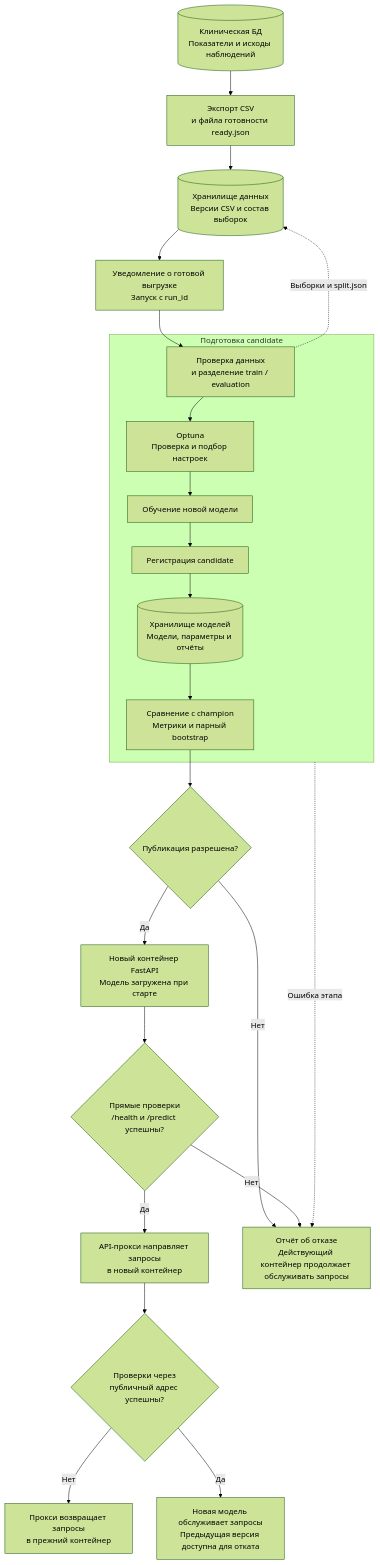
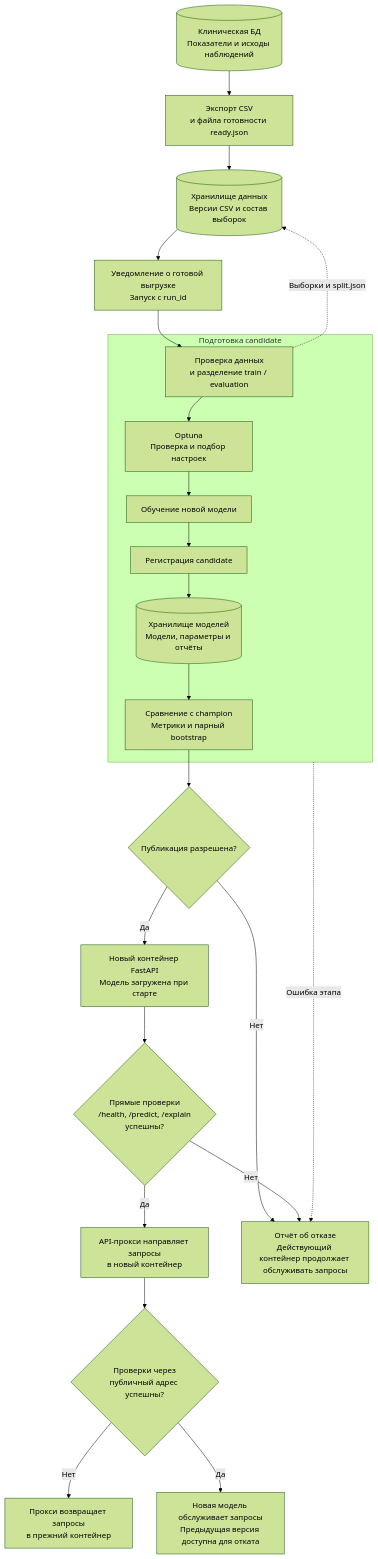
The diagram in Model_Retraining.md (horacemtb/cirrhosis-outcome-service), drawn with Mermaid (forest theme) before and after one commit. The commit also changed other lines of this file and 16 other files, not shown here.

````diff
--- a/Model_Retraining.md
+++ b/Model_Retraining.md
@@ -13,35 +13,35 @@
 ```mermaid
 flowchart TD
     DB[("Клиническая БД<br/>Показатели и исходы наблюдений")]
     X["Экспорт CSV<br/>и файла готовности ready.json"]
     DS[("Хранилище данных<br/>Версии CSV и состав выборок")]
     A["Уведомление о готовой выгрузке<br/>Запуск с run_id"]
     subgraph BUILD["Подготовка candidate"]
         B["Проверка данных<br/>и разделение train / evaluation"]
         D["Optuna<br/>Проверка и подбор настроек"]
         E["Обучение новой модели"]
         F["Регистрация candidate"]
         MS[("Хранилище моделей<br/>Модели, параметры и отчёты")]
         G["Сравнение с champion<br/>Метрики и парный bootstrap"]
         B --> D --> E --> F --> MS --> G
     end
     H{"Публикация разрешена?"}
     I["Новый контейнер FastAPI<br/>Модель загружена при старте"]
-    J{"Прямые проверки<br/>/health и /predict успешны?"}
+    J{"Прямые проверки<br/>/health, /predict, /explain<br/>успешны?"}
     K["API-прокси направляет запросы<br/>в новый контейнер"]
     L{"Проверки через<br/>публичный адрес успешны?"}
     M["Новая модель обслуживает запросы<br/>Предыдущая версия доступна для отката"]
     R["Отчёт об отказе<br/>Действующий контейнер продолжает обслуживать запросы"]
     T["Прокси возвращает запросы<br/>в прежний контейнер"]
 
     DB --> X --> DS --> A --> B
     B -.->|"Выборки и split.json"| DS
     BUILD -. Ошибка этапа .-> R
     G --> H
     H -- Нет --> R
     H -- Да --> I --> J
     J -- Нет --> R
     J -- Да --> K --> L
     L -- Нет --> T
     L -- Да --> M
 ```
````
